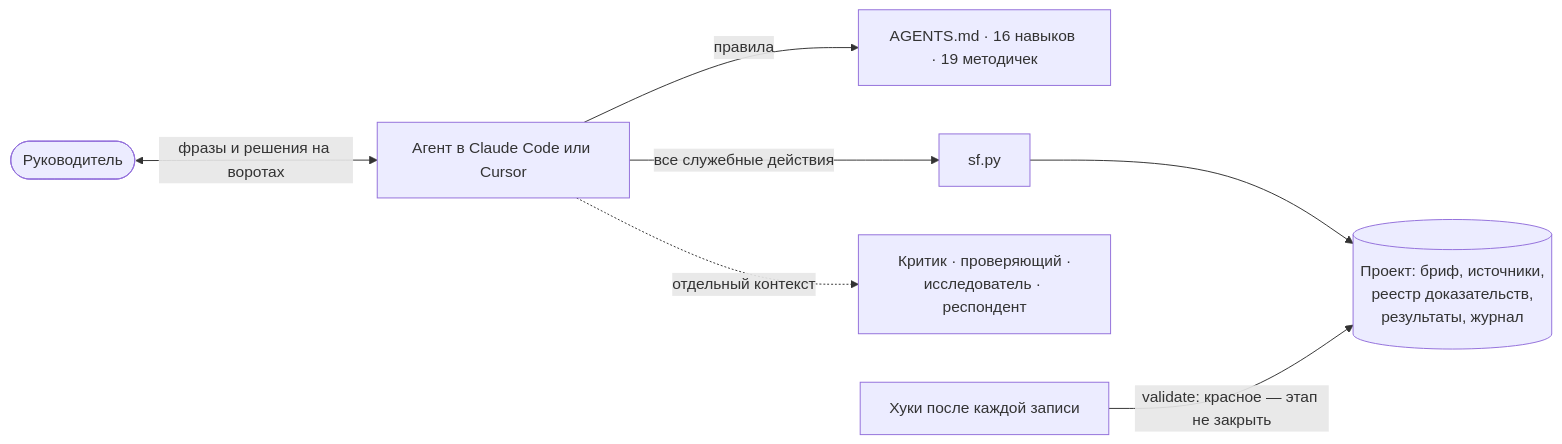
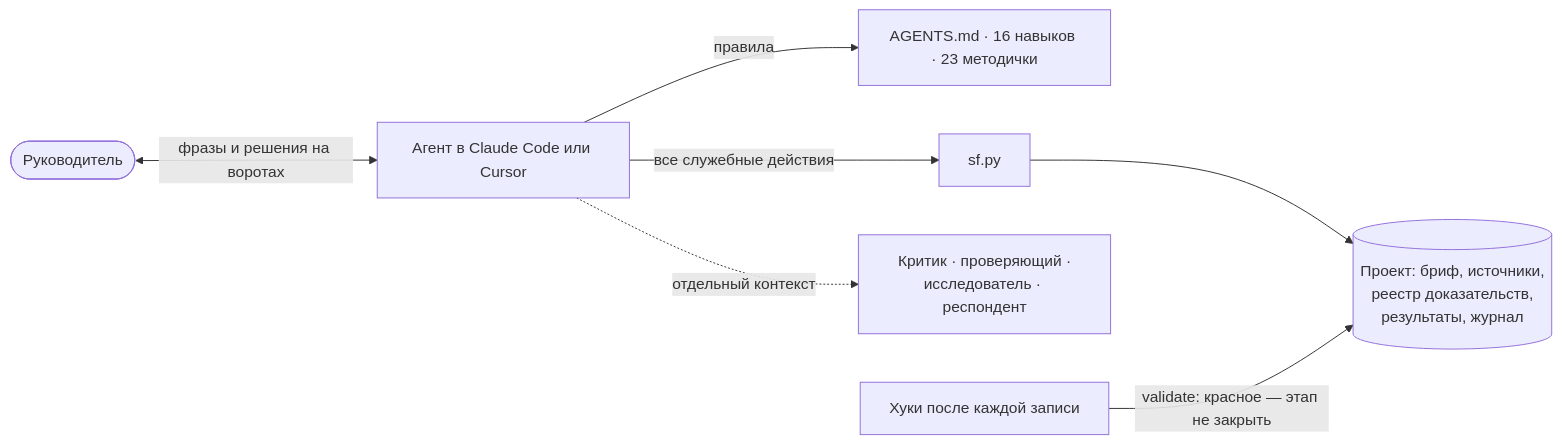
Before and after one commit to marrxse/product-factory-strategist: the diagram in README.md, drawn with Mermaid. The commit also changed other lines of this file and 32 other files, not shown here.

````diff
--- a/README.md
+++ b/README.md
@@ -101,9 +101,9 @@
 ```mermaid
 flowchart LR
     H([Руководитель]) <-->|фразы и решения на воротах| A[Агент в Claude Code или Cursor]
-    A -->|правила| R[AGENTS.md · 16 навыков · 19 методичек]
+    A -->|правила| R[AGENTS.md · 16 навыков · 23 методички]
     A -->|все служебные действия| S[sf.py]
     S --> P[(Проект: бриф, источники,<br/>реестр доказательств,<br/>результаты, журнал)]
     A -.->|отдельный контекст| C[Критик · проверяющий ·<br/>исследователь · респондент]
     K[Хуки после каждой записи] -->|validate: красное — этап не закрыть| P
 ```
````
